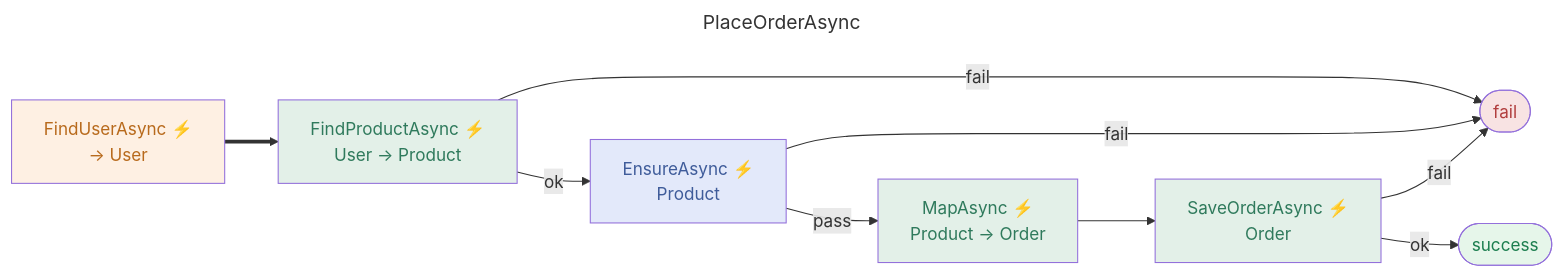
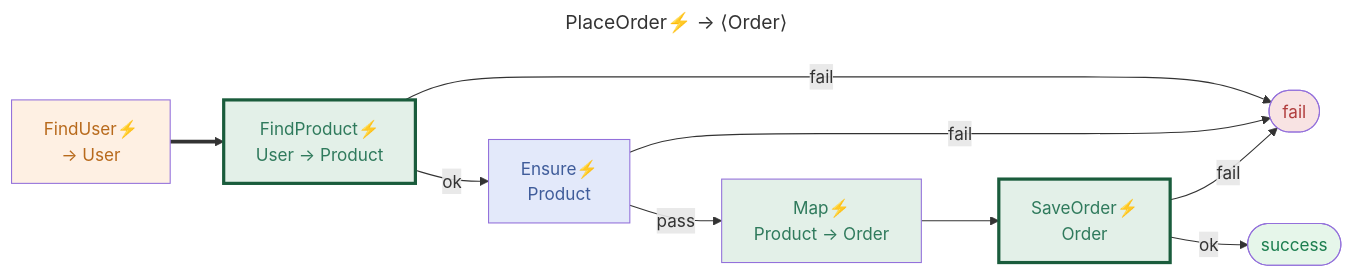
Before and after one commit to reslava/nuget-package-reslava-result: the ninth of 10 diagrams in mkdocs/demo/flow-catalog.md, drawn with Mermaid. The commit also changed other lines of this file and 3 other files, not shown here.

Commit message:
fix: escape &quot; in predicate tooltips; skip Legend constant in flow catalog

````diff
--- a/mkdocs/demo/flow-catalog.md
+++ b/mkdocs/demo/flow-catalog.md
@@ -293,31 +296,32 @@
 ```mermaid
 ---
-title: PlaceOrderAsync
+title: PlaceOrder⚡ → ⟨Order⟩
 ---
 flowchart LR
-    ENTRY_ROOT["FindUserAsync ⚡<br/>→ User"]:::operation ==> N0_FindProductAsync
-    N0_FindProductAsync["FindProductAsync ⚡<br/>User → Product"]:::transform
+    ENTRY_ROOT["FindUser⚡<br/>→ User"]:::operation ==> N0_FindProductAsync
+    N0_FindProductAsync["FindProduct⚡<br/>User → Product"]:::bind
     N0_FindProductAsync -->|ok| N1_EnsureAsync
     N0_FindProductAsync -->|fail| FAIL
-    N1_EnsureAsync["EnsureAsync ⚡<br/>Product"]:::gatekeeper
+    N1_EnsureAsync["<span title='p.Stock > 0'>Ensure⚡<br/>Product</span>"]:::gatekeeper
     N1_EnsureAsync -->|pass| N2_MapAsync
     N1_EnsureAsync -->|fail| FAIL
-    N2_MapAsync["MapAsync ⚡<br/>Product → Order"]:::transform
+    N2_MapAsync["Map⚡<br/>Product → Order"]:::map
     N2_MapAsync --> N3_SaveOrderAsync
-    N3_SaveOrderAsync["SaveOrderAsync ⚡<br/>Order"]:::transform
+    N3_SaveOrderAsync["SaveOrder⚡<br/>Order"]:::bind
     N3_SaveOrderAsync -->|fail| FAIL
     N3_SaveOrderAsync -->|ok| SUCCESS
     SUCCESS([success]):::success
     FAIL([fail])
     FAIL:::failure
     classDef operation fill:#fef0e3,color:#b86a1c
-    classDef transform fill:#e3f0e8,color:#2f7a5c
+    classDef bind fill:#e3f0e8,color:#2f7a5c,stroke:#1a5c3c,stroke-width:3px
     classDef gatekeeper fill:#e3e9fa,color:#3f5c9a
+    classDef map fill:#e3f0e8,color:#2f7a5c
     classDef success fill:#e6f6ea,color:#1c7e4f
     classDef failure fill:#f8e3e3,color:#b13e3e
 %% --- Node correlation (ReasonMetadata.NodeId / PipelineStep) ---
 %%   N0_FindProductAsync → FindProductAsync
 %%   N1_EnsureAsync → EnsureAsync
 %%   N2_MapAsync → MapAsync
 %%   N3_SaveOrderAsync → SaveOrderAsync
 ```
````
